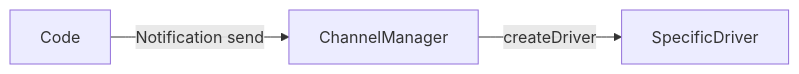
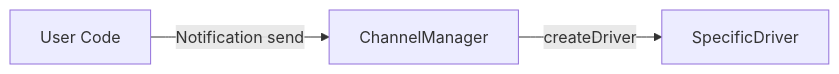
Diagram 38 of 50 in diagrams/50-comprehensive-diagrams.md (subhashladumor1/laravel-mastery-roadmap), drawn with Mermaid before and after one commit. The commit also changed other lines of this file and 6 other files, not shown here.

First line of the commit message:
diagram rich issue

````diff
--- a/diagrams/50-comprehensive-diagrams.md
+++ b/diagrams/50-comprehensive-diagrams.md
@@ -392,5 +392,5 @@
 ```mermaid
 graph LR
-    Code -->|Notification send| Manager[ChannelManager]
+    Code[User Code] -->|Notification send| Manager[ChannelManager]
     Manager -->|createDriver| Driver[SpecificDriver]
 ```
````
